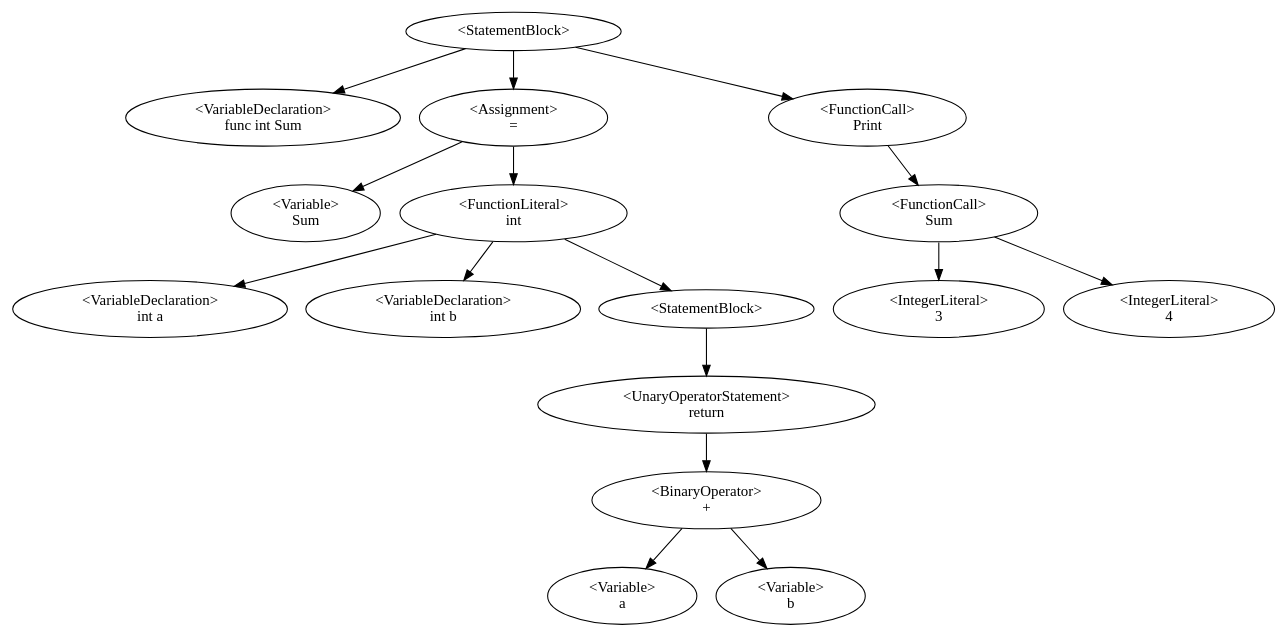
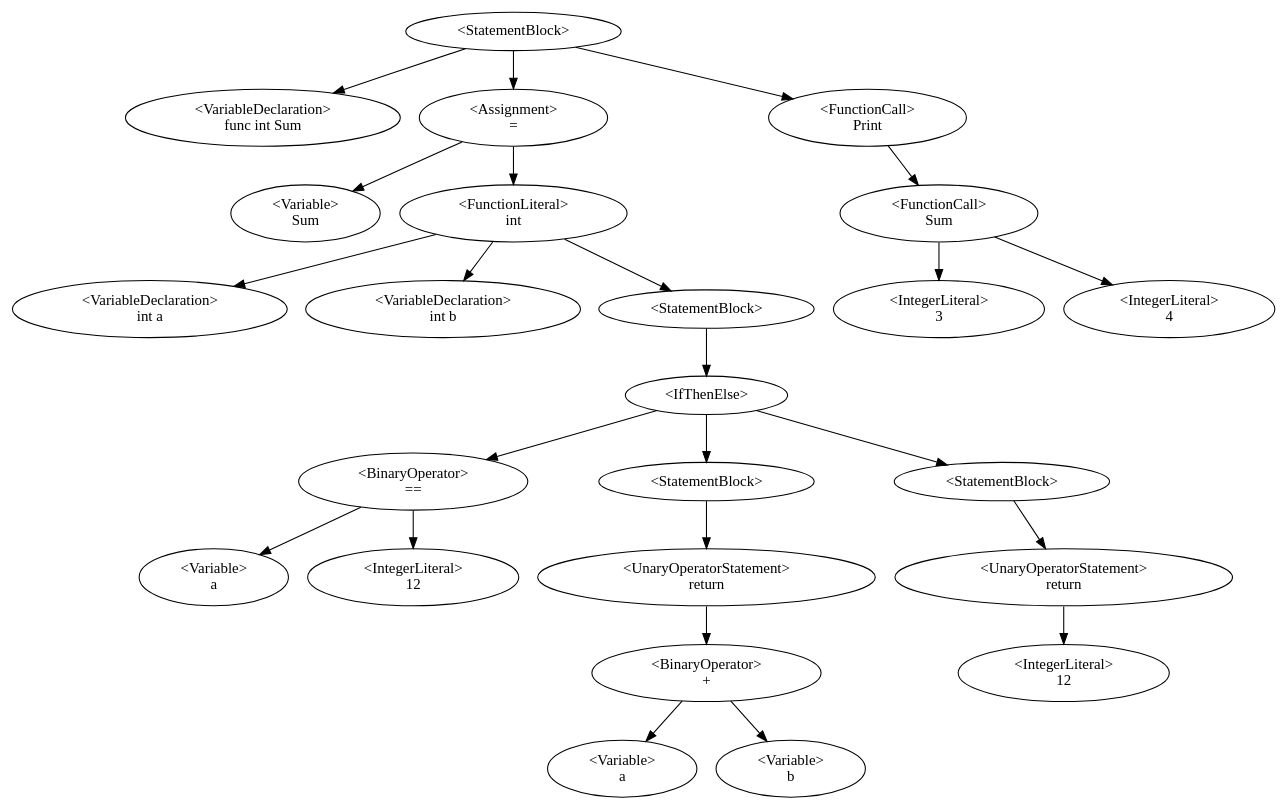
Before and after one commit to QazmoQwerty/dino: the diagram in Dino/Dino/AstDisplay.gv, drawn with Graphviz. The commit also changed 3 other files, not shown here.

```diff
--- a/Dino/Dino/AstDisplay.gv
+++ b/Dino/Dino/AstDisplay.gv
@@ -1,19 +1,27 @@
 digraph G {
-0 [label="<StatementBlock>"];0->1;0->3;0->14;
+0 [label="<StatementBlock>"];0->1;0->3;0->22;
 1 [label="<VariableDeclaration>\nfunc int Sum"];
 3 [label="<Assignment>\n="];3->2;3->7;
 2 [label="<Variable>\nSum"];
 7 [label="<FunctionLiteral>
 int"];7->4;7->6;7->8;
 4 [label="<VariableDeclaration>\nint a"];
 6 [label="<VariableDeclaration>\nint b"];
 8 [label="<StatementBlock>"];8->9;
-9 [label="<UnaryOperatorStatement>\nreturn"];9->11;
-11 [label="<BinaryOperator>\n+"];11->10;11->12;
+9 [label="<IfThenElse>"];9->11;9->13;9->18;
+11 [label="<BinaryOperator>\n=="];11->10;11->12;
 10 [label="<Variable>\na"];
-12 [label="<Variable>\nb"];
-14 [label="<FunctionCall>\nPrint"];14->16;
-16 [label="<FunctionCall>\nSum"];16->17;16->18;
-17 [label="<IntegerLiteral>\n3"];
-18 [label="<IntegerLiteral>\n4"];
+12 [label="<IntegerLiteral>\n12"];
+13 [label="<StatementBlock>"];13->14;
+14 [label="<UnaryOperatorStatement>\nreturn"];14->16;
+16 [label="<BinaryOperator>\n+"];16->15;16->17;
+15 [label="<Variable>\na"];
+17 [label="<Variable>\nb"];
+18 [label="<StatementBlock>"];18->19;
+19 [label="<UnaryOperatorStatement>\nreturn"];19->20;
+20 [label="<IntegerLiteral>\n12"];
+22 [label="<FunctionCall>\nPrint"];22->24;
+24 [label="<FunctionCall>\nSum"];24->25;24->26;
+25 [label="<IntegerLiteral>\n3"];
+26 [label="<IntegerLiteral>\n4"];
 }
```
